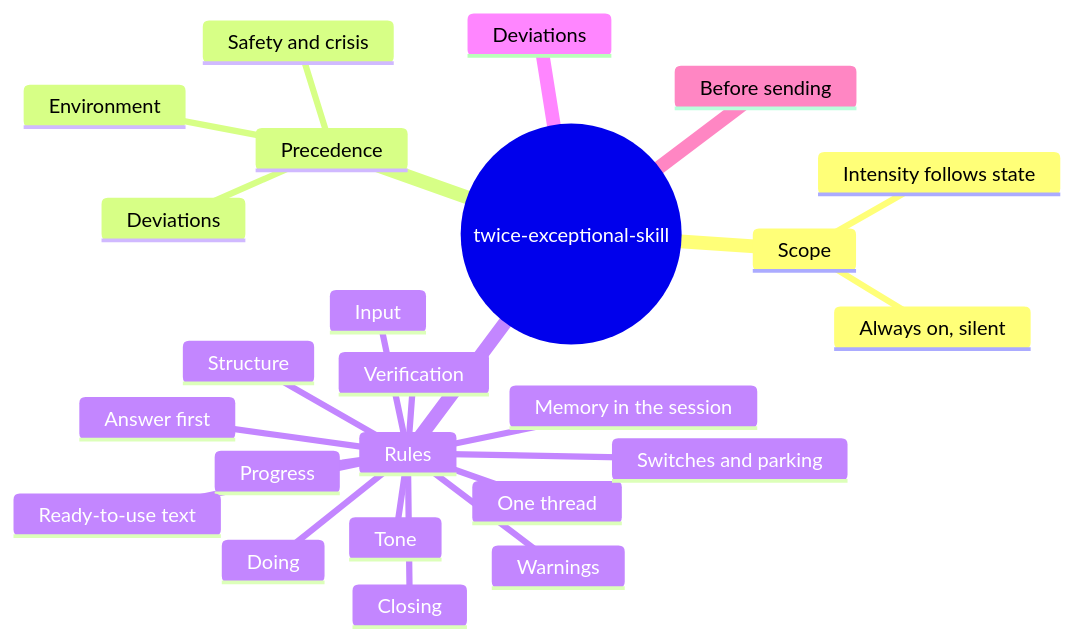
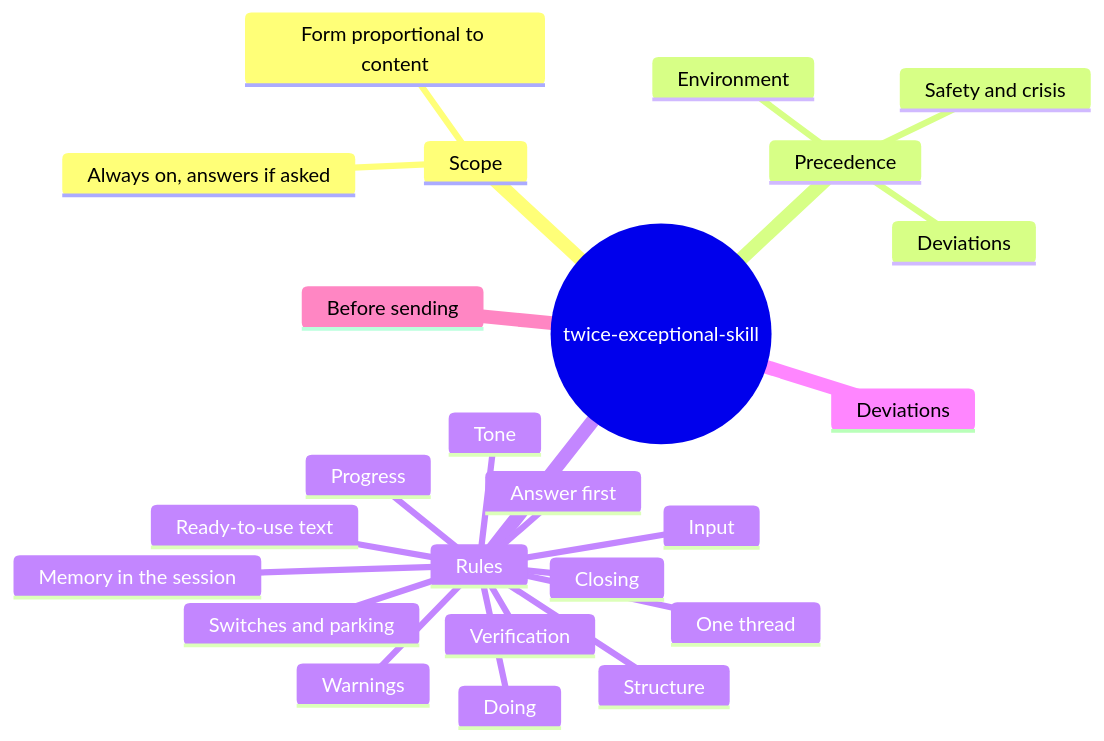
One commit to JohnnyTriggerDev/twice-exceptional-skill changed the diagram in docs/RULES.md. Above: the diagram before and after it, drawn with Mermaid. The commit also changed 2 other files, not shown here.

Commit message:
Proportional form; answer when asked which skill is active
- Scope: form follows the content (short answer = two sentences, structure
  only when the content has that shape); replaces the intensity line
- Scope: no mention unprompted, but say so plainly when asked
- Structure: tables for comparisons of three or more items
- Before sending: a reply that fits in two sentences is two sentences

Claude-Session: https://claude.ai/code/session_014hA3pyEv4h4ntXdaCfeZ3R

````diff
--- a/docs/RULES.md
+++ b/docs/RULES.md
@@ -5,27 +5,27 @@
 ```mermaid
 mindmap
   root((twice-exceptional-skill))
     Scope
-      Always on, silent
-      Intensity follows state
+      Always on, answers if asked
+      Form proportional to content
     Precedence
       Environment
       Safety and crisis
       Deviations
     Rules
       Answer first
       Warnings
       Structure
       One thread
       Switches and parking
       Doing
       Verification
       Input
       Progress
       Ready-to-use text
       Tone
       Memory in the session
       Closing
     Deviations
     Before sending
 ```
````
